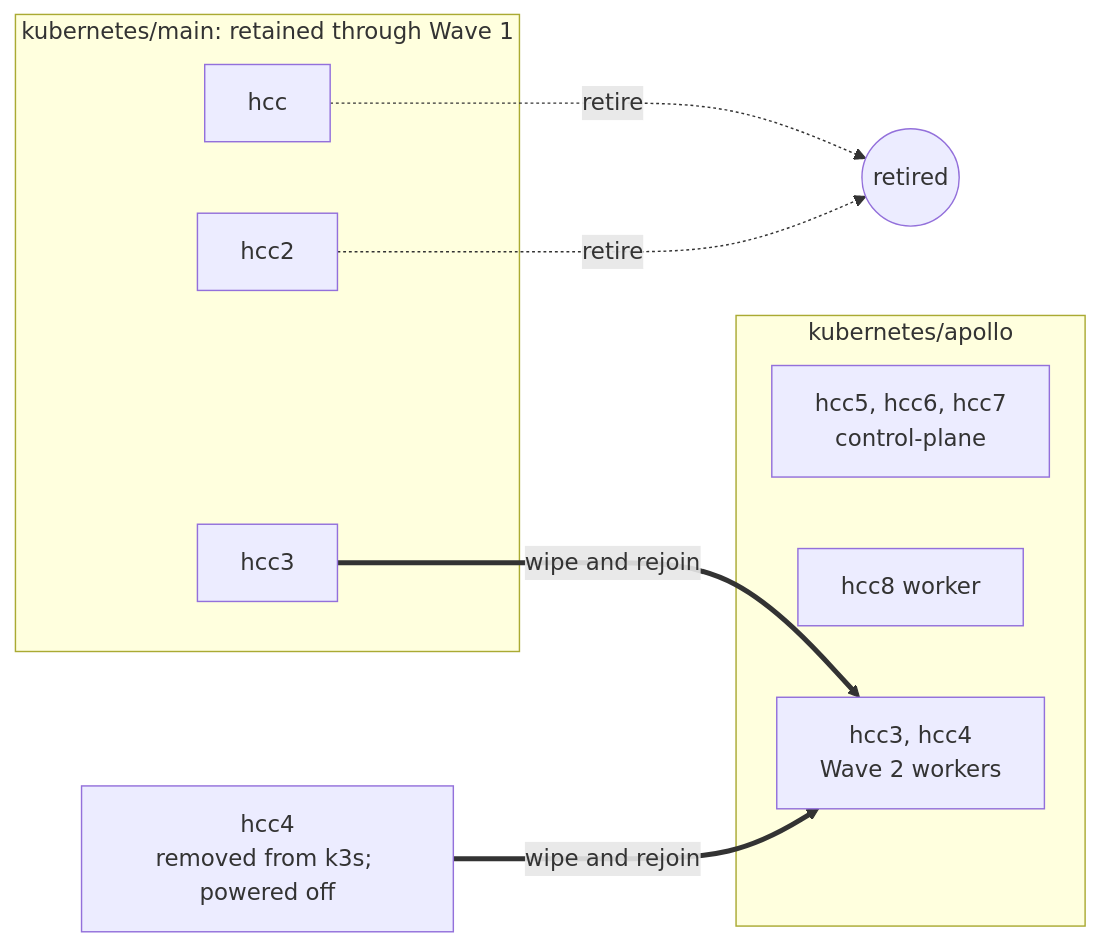
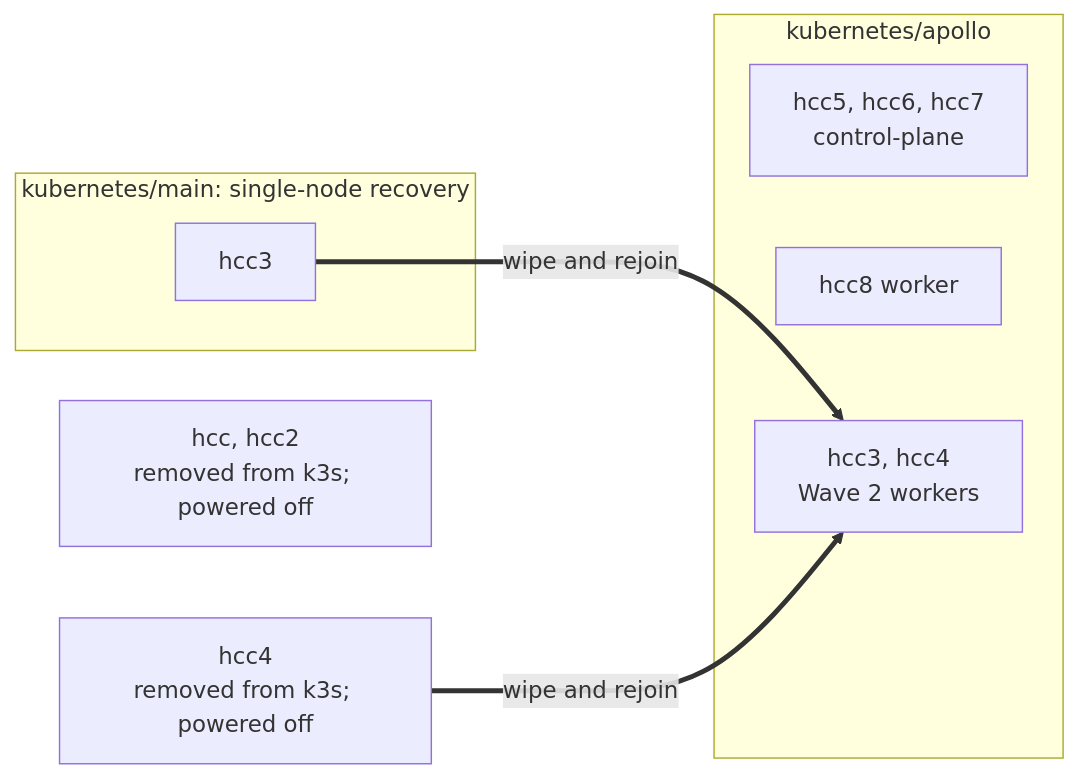
The first of 2 diagrams in plans/20260816-talos-migration.md (evanmoelter/hcc), drawn with Mermaid before and after one commit. The commit also changed other lines of this file and 8 other files, not shown here.

First line of the commit message:
chore(main): retire Odroids and record single-node recovery (#344)

````diff
--- a/plans/20260816-talos-migration.md
+++ b/plans/20260816-talos-migration.md
@@ -42,18 +42,15 @@
 ```mermaid
 flowchart LR
-    subgraph old["kubernetes/main: retained through Wave 1"]
-        hcc["hcc"]
-        hcc2["hcc2"]
+    subgraph old["kubernetes/main: single-node recovery"]
         hcc3o["hcc3"]
     end
+    retired["hcc, hcc2<br/>removed from k3s; powered off"]
     hcc4o["hcc4<br/>removed from k3s; powered off"]
     subgraph apollo["kubernetes/apollo"]
         cp["hcc5, hcc6, hcc7<br/>control-plane"]
         hcc8["hcc8 worker"]
         workers["hcc3, hcc4<br/>Wave 2 workers"]
     end
-    hcc -. retire .-> retired((retired))
-    hcc2 -. retire .-> retired
     hcc3o == wipe and rejoin ==> workers
     hcc4o == wipe and rejoin ==> workers
 ```
````
